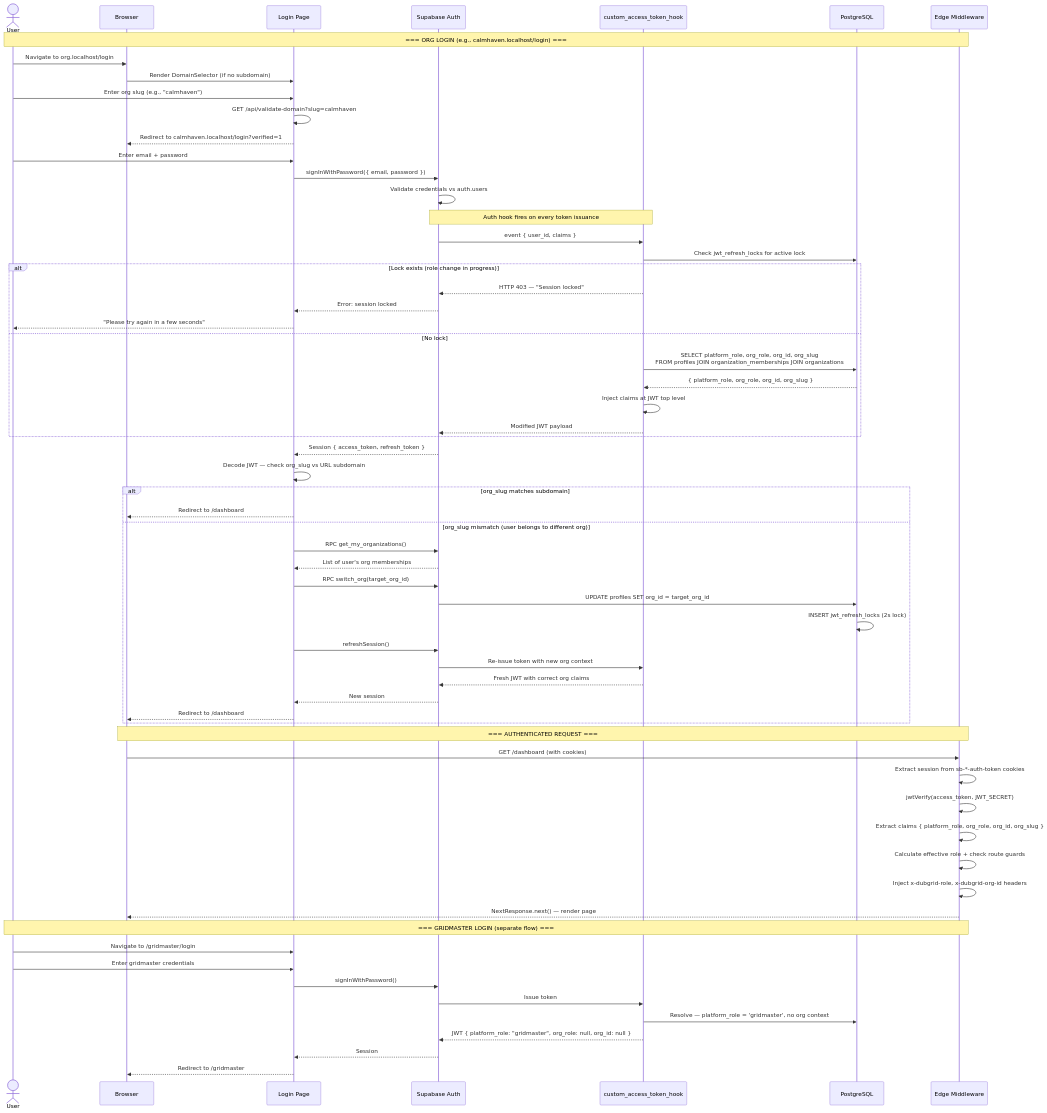
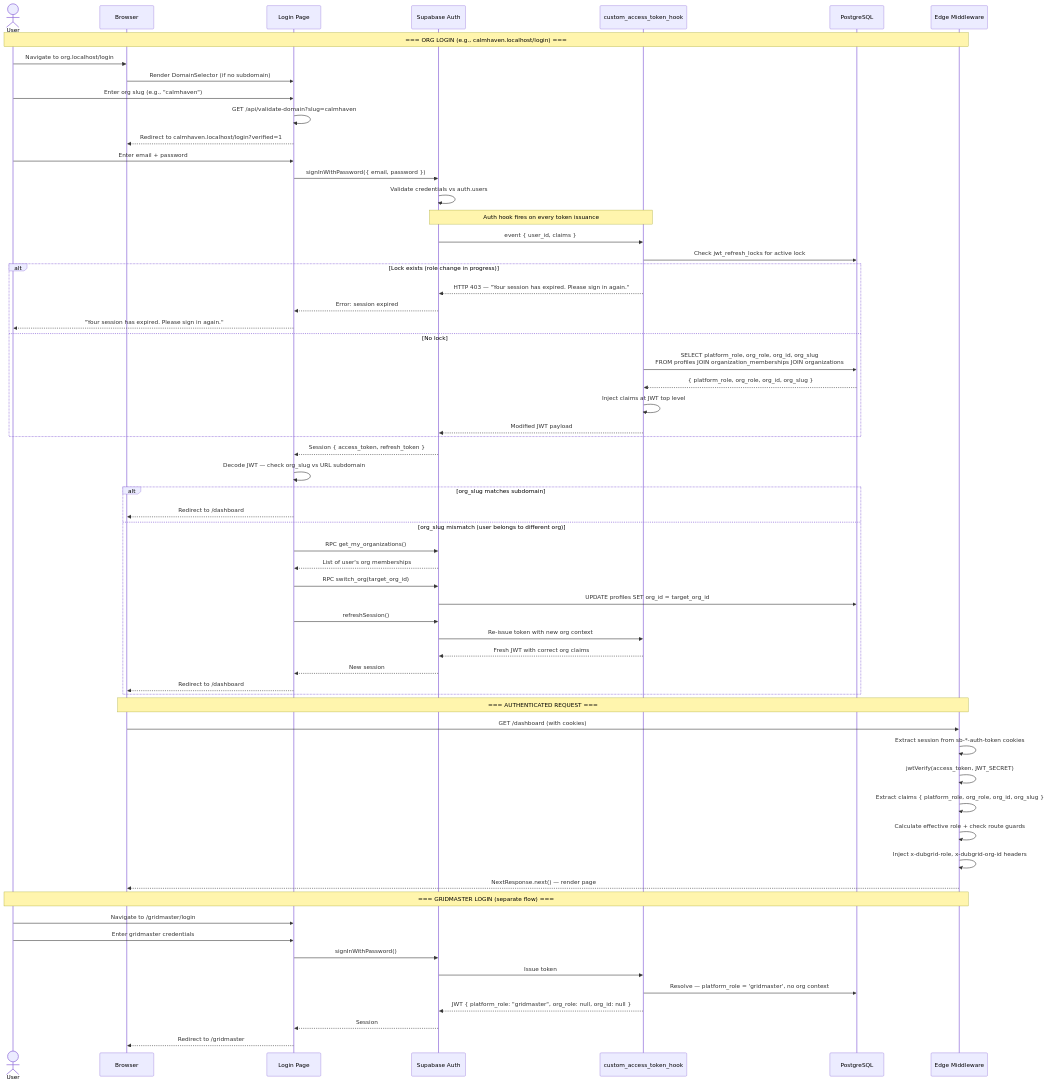
One commit to nickosmas/dub-grid changed the first of 8 diagrams in SYSTEM_FLOWCHARTS.md. Above: the diagram before and after it, drawn with Mermaid. The commit also changed other lines of this file and 4 other files, not shown here.

````diff
--- a/SYSTEM_FLOWCHARTS.md
+++ b/SYSTEM_FLOWCHARTS.md
@@ -9,76 +9,75 @@
 ```mermaid
 sequenceDiagram
     actor User
     participant Browser
     participant LoginPage as Login Page
     participant SupaAuth as Supabase Auth
     participant JWTHook as custom_access_token_hook
     participant DB as PostgreSQL
     participant Middleware as Edge Middleware
 
     Note over User,Middleware: === ORG LOGIN (e.g., calmhaven.localhost/login) ===
 
     User->>Browser: Navigate to org.localhost/login
     Browser->>LoginPage: Render DomainSelector (if no subdomain)
     User->>LoginPage: Enter org slug (e.g., "calmhaven")
     LoginPage->>LoginPage: GET /api/validate-domain?slug=calmhaven
     LoginPage-->>Browser: Redirect to calmhaven.localhost/login?verified=1
 
     User->>LoginPage: Enter email + password
     LoginPage->>SupaAuth: signInWithPassword({ email, password })
     SupaAuth->>SupaAuth: Validate credentials vs auth.users
 
     Note over SupaAuth,JWTHook: Auth hook fires on every token issuance
 
     SupaAuth->>JWTHook: event { user_id, claims }
     JWTHook->>DB: Check jwt_refresh_locks for active lock
     alt Lock exists (role change in progress)
-        JWTHook-->>SupaAuth: HTTP 403 — "Session locked"
-        SupaAuth-->>LoginPage: Error: session locked
-        LoginPage-->>User: "Please try again in a few seconds"
+        JWTHook-->>SupaAuth: HTTP 403 — "Your session has expired. Please sign in again."
+        SupaAuth-->>LoginPage: Error: session expired
+        LoginPage-->>User: "Your session has expired. Please sign in again."
     else No lock
         JWTHook->>DB: SELECT platform_role, org_role, org_id, org_slug<br/>FROM profiles JOIN organization_memberships JOIN organizations
         DB-->>JWTHook: { platform_role, org_role, org_id, org_slug }
         JWTHook->>JWTHook: Inject claims at JWT top level
         JWTHook-->>SupaAuth: Modified JWT payload
     end
 
     SupaAuth-->>LoginPage: Session { access_token, refresh_token }
     LoginPage->>LoginPage: Decode JWT — check org_slug vs URL subdomain
 
     alt org_slug matches subdomain
         LoginPage-->>Browser: Redirect to /dashboard
     else org_slug mismatch (user belongs to different org)
         LoginPage->>SupaAuth: RPC get_my_organizations()
         SupaAuth-->>LoginPage: List of user's org memberships
         LoginPage->>SupaAuth: RPC switch_org(target_org_id)
         SupaAuth->>DB: UPDATE profiles SET org_id = target_org_id
-        DB->>DB: INSERT jwt_refresh_locks (2s lock)
         LoginPage->>SupaAuth: refreshSession()
         SupaAuth->>JWTHook: Re-issue token with new org context
         JWTHook-->>SupaAuth: Fresh JWT with correct org claims
         SupaAuth-->>LoginPage: New session
         LoginPage-->>Browser: Redirect to /dashboard
     end
 
     Note over Browser,Middleware: === AUTHENTICATED REQUEST ===
 
     Browser->>Middleware: GET /dashboard (with cookies)
     Middleware->>Middleware: Extract session from sb-*-auth-token cookies
     Middleware->>Middleware: jwtVerify(access_token, JWT_SECRET)
     Middleware->>Middleware: Extract claims { platform_role, org_role, org_id, org_slug }
     Middleware->>Middleware: Calculate effective role + check route guards
     Middleware->>Middleware: Inject x-dubgrid-role, x-dubgrid-org-id headers
     Middleware-->>Browser: NextResponse.next() — render page
 
     Note over User,Middleware: === GRIDMASTER LOGIN (separate flow) ===
 
     User->>LoginPage: Navigate to /gridmaster/login
     User->>LoginPage: Enter gridmaster credentials
     LoginPage->>SupaAuth: signInWithPassword()
     SupaAuth->>JWTHook: Issue token
     JWTHook->>DB: Resolve — platform_role = 'gridmaster', no org context
     JWTHook-->>SupaAuth: JWT { platform_role: "gridmaster", org_role: null, org_id: null }
     SupaAuth-->>LoginPage: Session
     LoginPage-->>Browser: Redirect to /gridmaster
 ```
````
